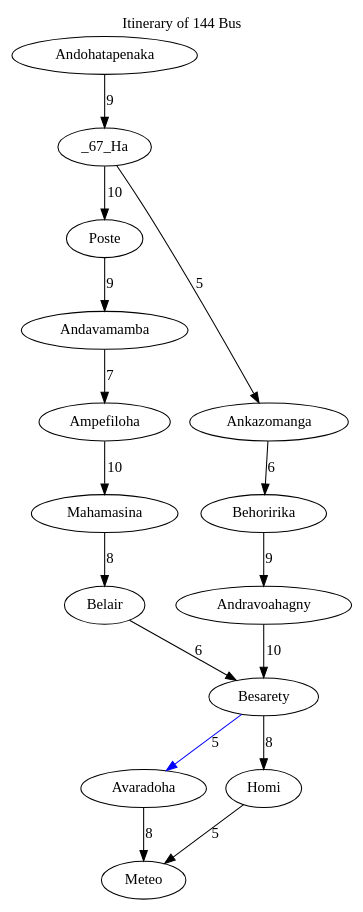
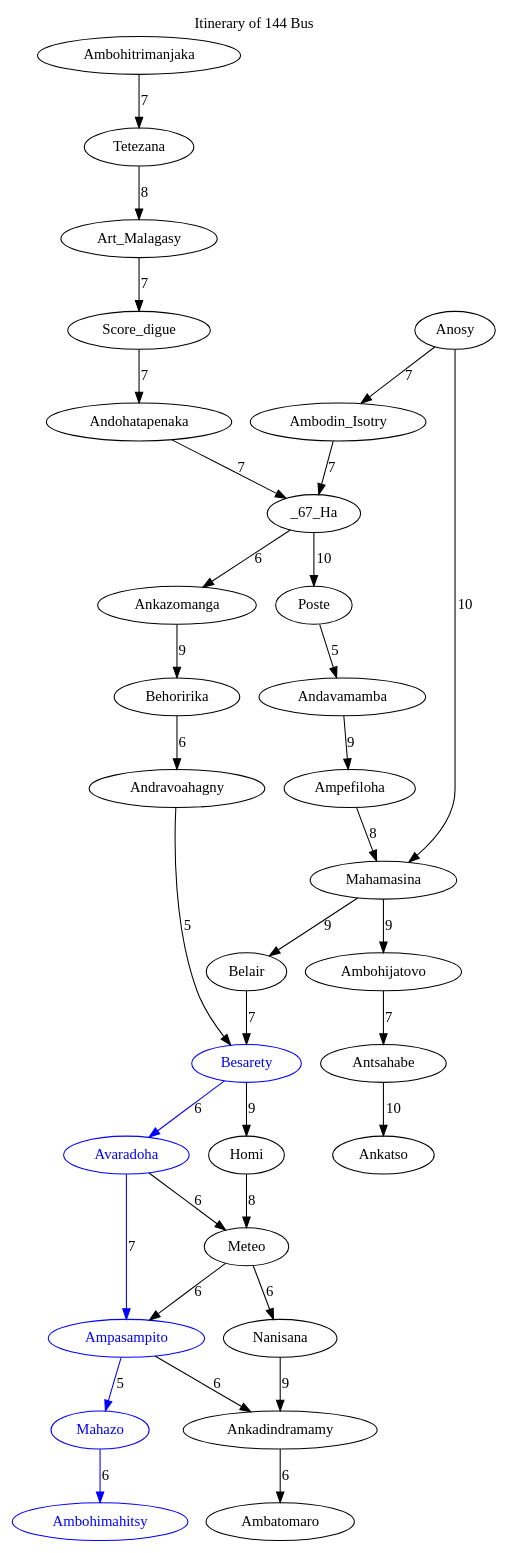
Before and after one commit to Online13/bus-path-finding: the diagram in out/bus_144.gv, drawn with Graphviz. The commit also changed 38 other files, not shown here.

```diff
--- a/out/bus_144.gv
+++ b/out/bus_144.gv
@@ -1,17 +1,75 @@
 digraph G {
-	labelloc="t"	label="Itinerary of 144 Bus"	Andavamamba -> Ampefiloha [weight=7, label="7"];
-	Ampefiloha -> Mahamasina [weight=10, label="10"];
+	labelloc="t"	label="Itinerary of 144 Bus"	Ambodin_Isotry -> _67_Ha [weight=7, label="7"];
+	Art_Malagasy -> Score_digue [weight=7, label="7"];
+	Antsahabe -> Ankatso [weight=10, label="10"];
+	Andavamamba -> Ampefiloha [weight=9, label="9"];
+	Ampefiloha -> Mahamasina [weight=8, label="8"];
 	_67_Ha -> Poste [weight=10, label="10"];
-	Andohatapenaka -> _67_Ha [weight=9, label="9"];
-	Mahamasina -> Belair [weight=8, label="8"];
-	Ankazomanga -> Behoririka [weight=6, label="6"];
-	Andravoahagny -> Besarety [weight=10, label="10"];
-	Besarety -> Avaradoha [color="blue", weight=5, label="5"];
-	Homi -> Meteo [weight=5, label="5"];
-	Besarety -> Homi [weight=8, label="8"];
-	Poste -> Andavamamba [weight=9, label="9"];
-	_67_Ha -> Ankazomanga [weight=5, label="5"];
-	Behoririka -> Andravoahagny [weight=9, label="9"];
-	Belair -> Besarety [weight=6, label="6"];
-	Avaradoha -> Meteo [weight=8, label="8"];
+	Meteo -> Ampasampito [weight=6, label="6"];
+	Andohatapenaka -> _67_Ha [weight=7, label="7"];
+	Meteo -> Nanisana [weight=6, label="6"];
+	Mahamasina -> Belair [weight=9, label="9"];
+	Ankazomanga -> Behoririka [weight=9, label="9"];
+	Andravoahagny -> Besarety [weight=5, label="5"];
+	Besarety -> Avaradoha [color="blue", weight=6, label="6"];
+	Ambohitrimanjaka -> Tetezana [weight=7, label="7"];
+	Homi -> Meteo [weight=8, label="8"];
+	Ampasampito -> Mahazo [color="blue", weight=5, label="5"];
+	Besarety -> Homi [weight=9, label="9"];
+	Tetezana -> Art_Malagasy [weight=8, label="8"];
+	Ampasampito -> Ankadindramamy [weight=6, label="6"];
+	Poste -> Andavamamba [weight=5, label="5"];
+	_67_Ha -> Ankazomanga [weight=6, label="6"];
+	Behoririka -> Andravoahagny [weight=6, label="6"];
+	Score_digue -> Andohatapenaka [weight=7, label="7"];
+	Mahamasina -> Ambohijatovo [weight=9, label="9"];
+	Anosy -> Mahamasina [weight=10, label="10"];
+	Ankadindramamy -> Ambatomaro [weight=6, label="6"];
+	Mahazo -> Ambohimahitsy [color="blue", weight=6, label="6"];
+	Anosy -> Ambodin_Isotry [weight=7, label="7"];
+	Belair -> Besarety [weight=7, label="7"];
+	Avaradoha -> Meteo [weight=6, label="6"];
+	Ambohijatovo -> Antsahabe [weight=7, label="7"];
+	Avaradoha -> Ampasampito [color="blue", weight=7, label="7"];
+	Nanisana -> Ankadindramamy [weight=9, label="9"];
+	Art_Malagasy;
+	Andohatapenaka;
+	Tetezana;
+	_67_Ha;
+	Ambohitrimanjaka;
+	Score_digue;
+	Poste;
+	Andavamamba;
+	Mahamasina;
+	Ambohijatovo;
+	_67_Ha;
+	Ankatso;
+	Ampefiloha;
+	Antsahabe;
+	Mahamasina;
+	Anosy;
+	Besarety [color="blue", fontcolor="blue"];
+	Meteo;
+	Nanisana;
+	Avaradoha [color="blue", fontcolor="blue"];
+	Belair;
+	Ankadindramamy;
+	Ambatomaro;
+	Ampasampito [color="blue", fontcolor="blue"];
+	Anosy;
+	Behoririka;
+	Besarety [color="blue", fontcolor="blue"];
+	Meteo;
+	Ambodin_Isotry;
+	_67_Ha;
+	Ankazomanga;
+	Homi;
+	Andravoahagny;
+	Ankadindramamy;
+	Ambatomaro;
+	Ampasampito [color="blue", fontcolor="blue"];
+	Besarety [color="blue", fontcolor="blue"];
+	Ambohimahitsy [color="blue", fontcolor="blue"];
+	Avaradoha [color="blue", fontcolor="blue"];
+	Mahazo [color="blue", fontcolor="blue"];
 }
```
